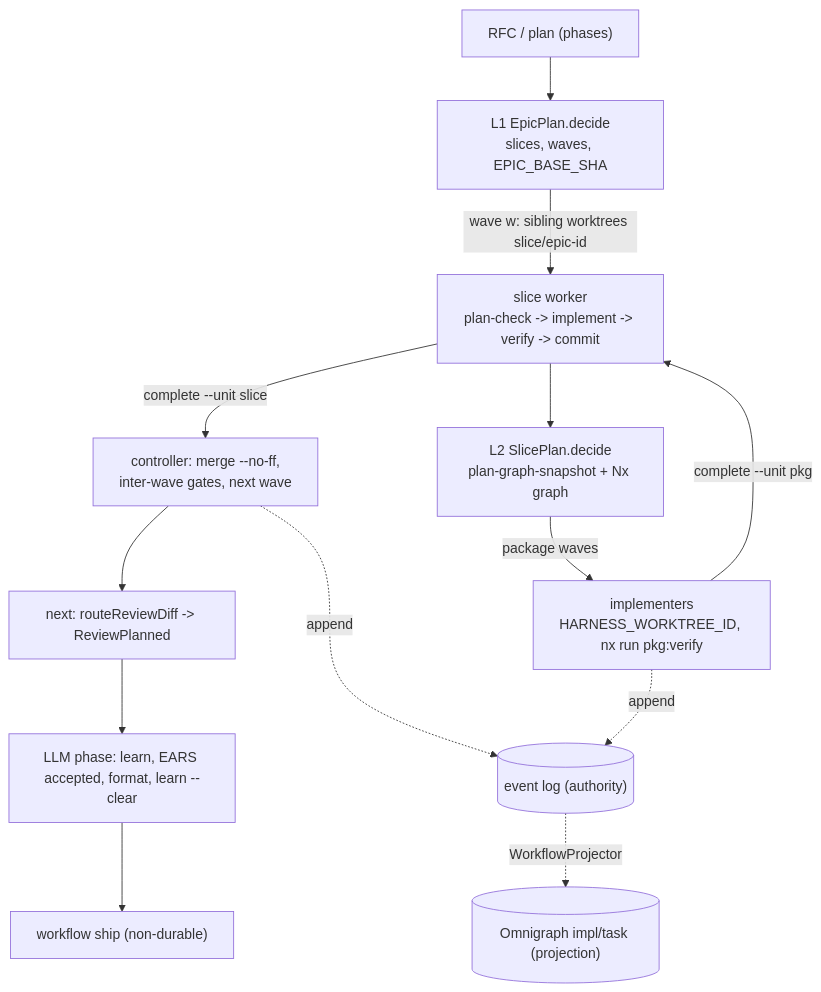
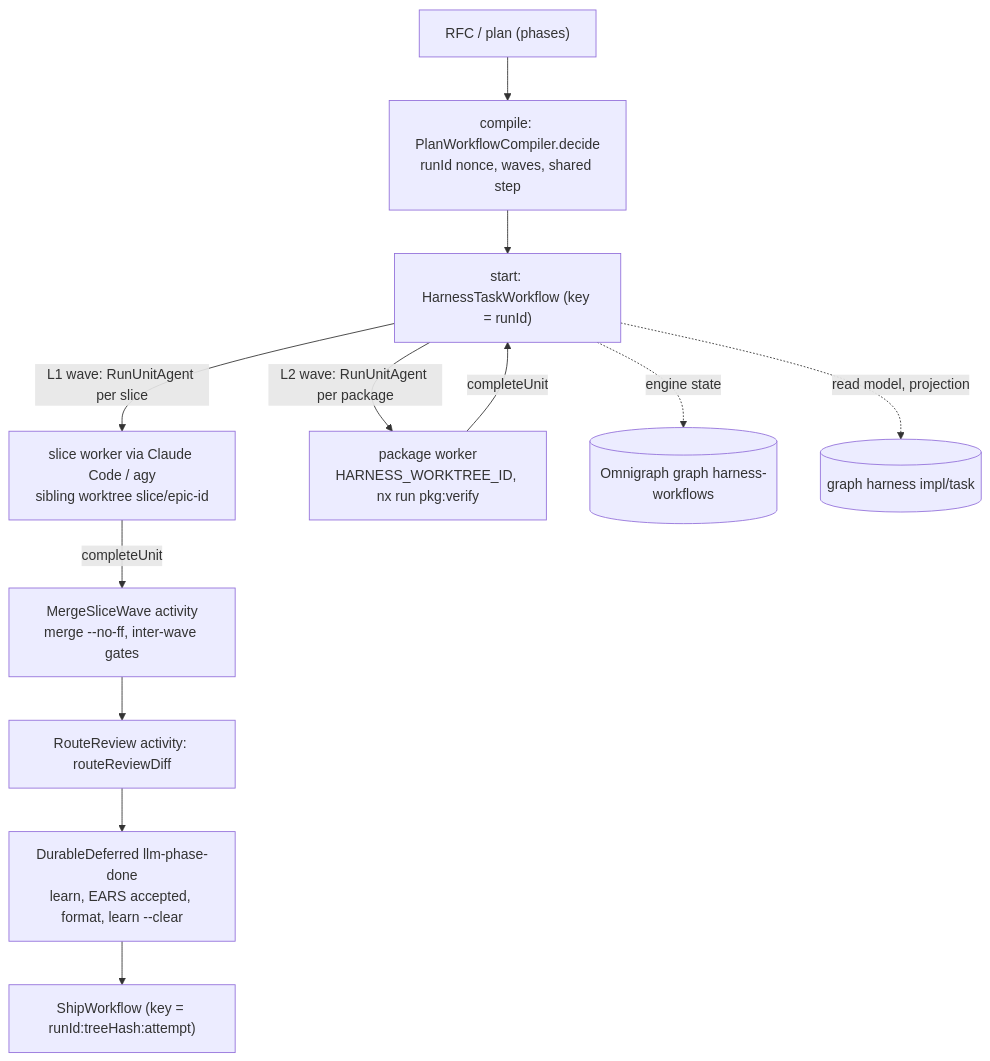
The diagram in docs/rfcs/0013-deterministic-workflow-as-code-plan-dag-orchestration.md (selmeci/effect-ts-harness), drawn with Mermaid before and after one commit. The commit also changed other lines of this file and 5 other files, not shown here.

First line of the commit message:
docs(rfcs): make RFC-0013 a durable Effect v4 workflow over Omnigraph with Claude Code and Antigravity runners

````diff
--- a/docs/rfcs/0013-deterministic-workflow-as-code-plan-dag-orchestration.md
+++ b/docs/rfcs/0013-deterministic-workflow-as-code-plan-dag-orchestration.md
@@ -741,15 +1088,14 @@
 ```mermaid
 flowchart TD
-  RFC["RFC / plan (phases)"] --> L1["L1 EpicPlan.decide\nslices, waves, EPIC_BASE_SHA"]
-  L1 -->|"wave w: sibling worktrees slice/epic-id"| S1["slice worker\nplan-check -> implement -> verify -> commit"]
-  S1 -->|"complete --unit slice"| Ctl["controller: merge --no-ff,\ninter-wave gates, next wave"]
-  S1 --> L2["L2 SlicePlan.decide\nplan-graph-snapshot + Nx graph"]
-  L2 -->|"package waves"| P["implementers\nHARNESS_WORKTREE_ID, nx run pkg:verify"]
-  P -->|"complete --unit pkg"| S1
-  Ctl --> Rev["next: routeReviewDiff -> ReviewPlanned"]
-  Rev --> Llm["LLM phase: learn, EARS accepted, format, learn --clear"]
-  Llm --> Ship["workflow ship (non-durable)"]
-  Ctl -. "append" .-> Log[("event log (authority)")]
-  P -. "append" .-> Log
-  Log -. "WorkflowProjector" .-> OG[("Omnigraph impl/task (projection)")]
+  RFC["RFC / plan (phases)"] --> Cmp["compile: PlanWorkflowCompiler.decide\nrunId nonce, waves, shared step"]
+  Cmp --> Start["start: HarnessTaskWorkflow (key = runId)"]
+  Start -->|"L1 wave: RunUnitAgent per slice"| S1["slice worker via Claude Code / agy\nsibling worktree slice/epic-id"]
+  S1 -->|"completeUnit"| Ctl["MergeSliceWave activity\nmerge --no-ff, inter-wave gates"]
+  Start -->|"L2 wave: RunUnitAgent per package"| P["package worker\nHARNESS_WORKTREE_ID, nx run pkg:verify"]
+  P -->|"completeUnit"| Start
+  Ctl --> Rev["RouteReview activity: routeReviewDiff"]
+  Rev --> Llm["DurableDeferred llm-phase-done\nlearn, EARS accepted, format, learn --clear"]
+  Llm --> Ship["ShipWorkflow (key = runId:treeHash:attempt)"]
+  Start -. "engine state" .-> OG[("Omnigraph graph harness-workflows")]
+  Start -. "read model, projection" .-> Proj[("graph harness impl/task")]
 ```
````
